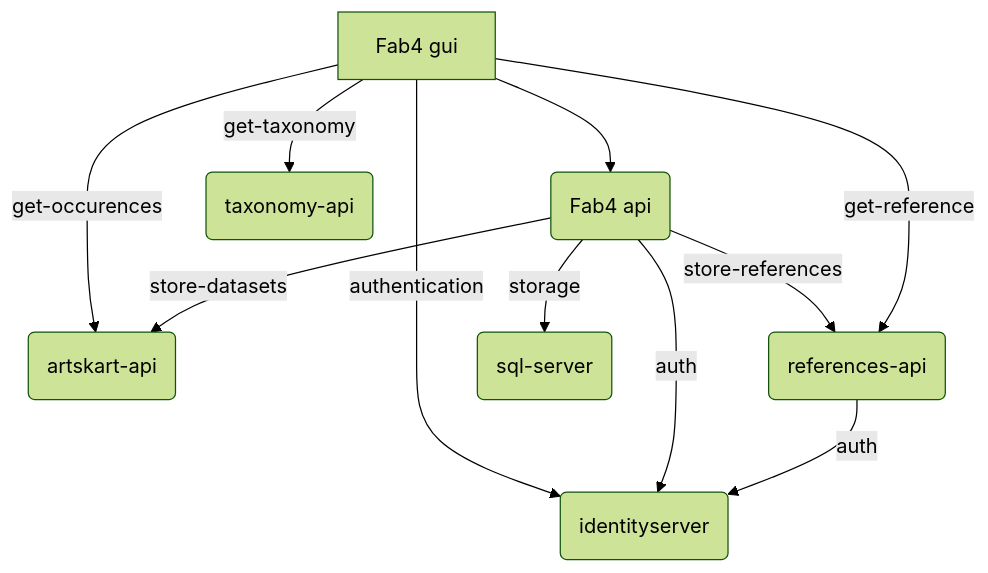
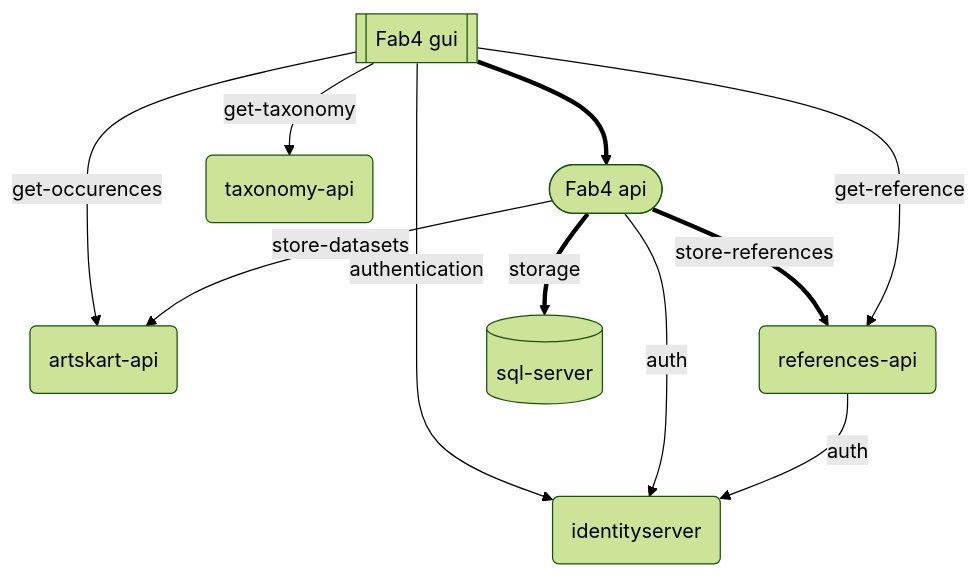
One commit to Artsdatabanken/Fremmedartsbase2023 changed the diagram in README.md. Above: the diagram before and after it, drawn with Mermaid (forest theme).

Commit message:
Update README.md
Bedre figur for arkitektur

````diff
--- a/README.md
+++ b/README.md
@@ -13,14 +13,15 @@
 ```mermaid
 graph TD
-    A[Fab4 gui] -->B(Fab4 api)
+    A[[Fab4 gui]] ==>B([Fab4 api])
     A -->|get-occurences| W(artskart-api)
     A -->|authentication| U(identityserver)
     B -->|store-datasets| W
-    B -->|store-references| R
-    B -->|storage| D(sql-server)
+    B ==>|store-references| R
+    B ==>|storage| D[(sql-server)]
     B -->|auth| U
     R -->|auth| U
     A -->|get-taxonomy| T(taxonomy-api)
     A -->|get-reference| R(references-api)
 
+
 ```
````
